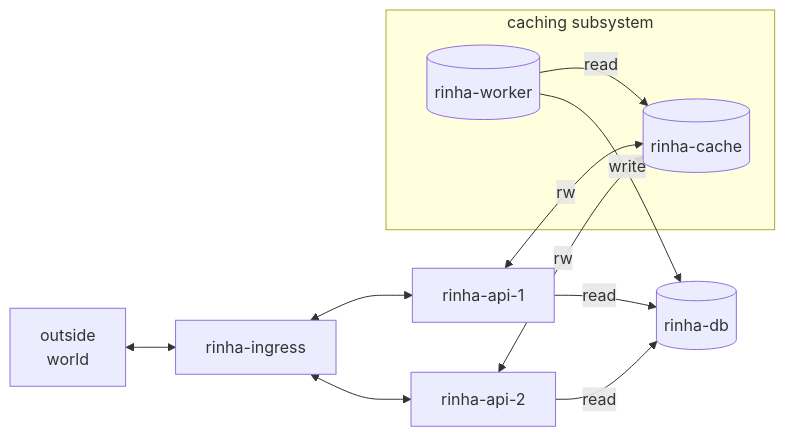
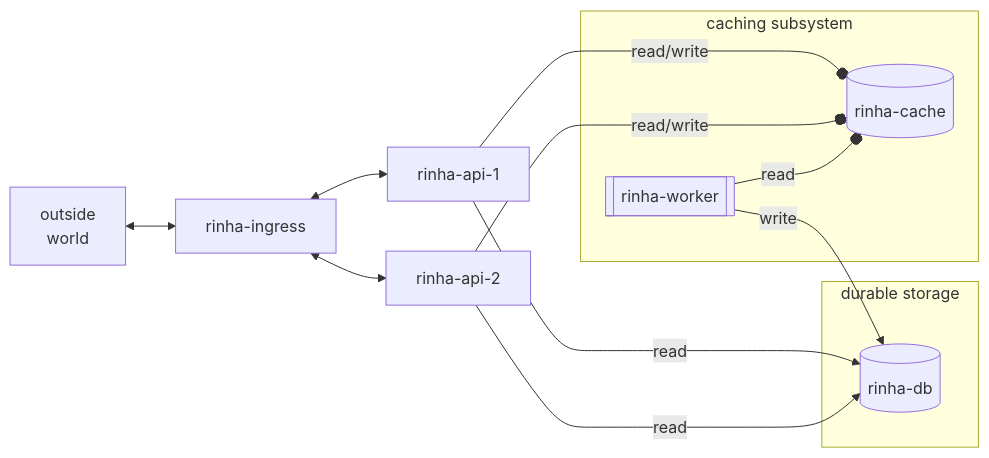
One commit to flipbit03/rinha-de-backend-2024-q1-cadu changed the diagram in README.md. Above: the diagram before and after it, drawn with Mermaid.

Commit message:
agora eu to satisfeito com a porra do diagrama.

````diff
--- a/README.md
+++ b/README.md
@@ -10,16 +10,19 @@
 ```mermaid
 flowchart LR
   OUTSIDE[outside\nworld] <--> NGINX[rinha-ingress]
   subgraph caching subsystem
     CACHE[(rinha-cache)]
-    WORKER[(rinha-worker)]
+    WORKER[[rinha-worker]]
+  end
+  subgraph durable storage 
+      DB
   end
   NGINX <--> API1[rinha-api-1]
   NGINX <--> API2[rinha-api-2]
-  API1 <--> |rw| CACHE[(rinha-cache)]
-  API2 <--> |rw| CACHE[(rinha-cache)]
-  WORKER --> |read| CACHE[(rinha-cache)] 
-  WORKER --> |write| DB[(rinha-db)]
+  API1 <--o |read/write| CACHE
+  API2 <--o |read/write| CACHE
+  WORKER --o |read| CACHE 
+  WORKER --> |write| DB
   API1 --> |read| DB[(rinha-db)]
-  API2 --> |read| DB[(rinha-db)]
+  API2 --> |read| DB
 ```
````
